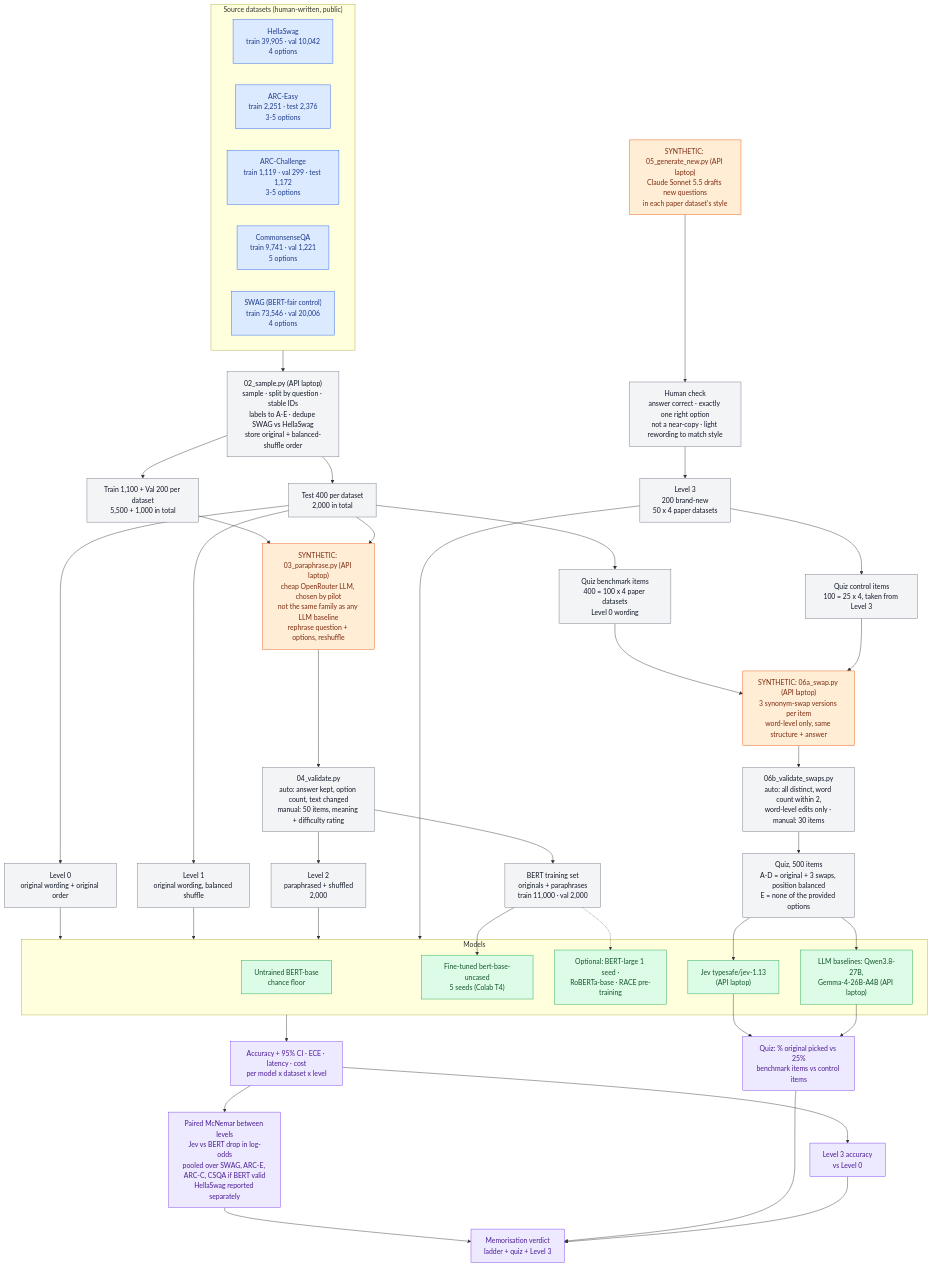
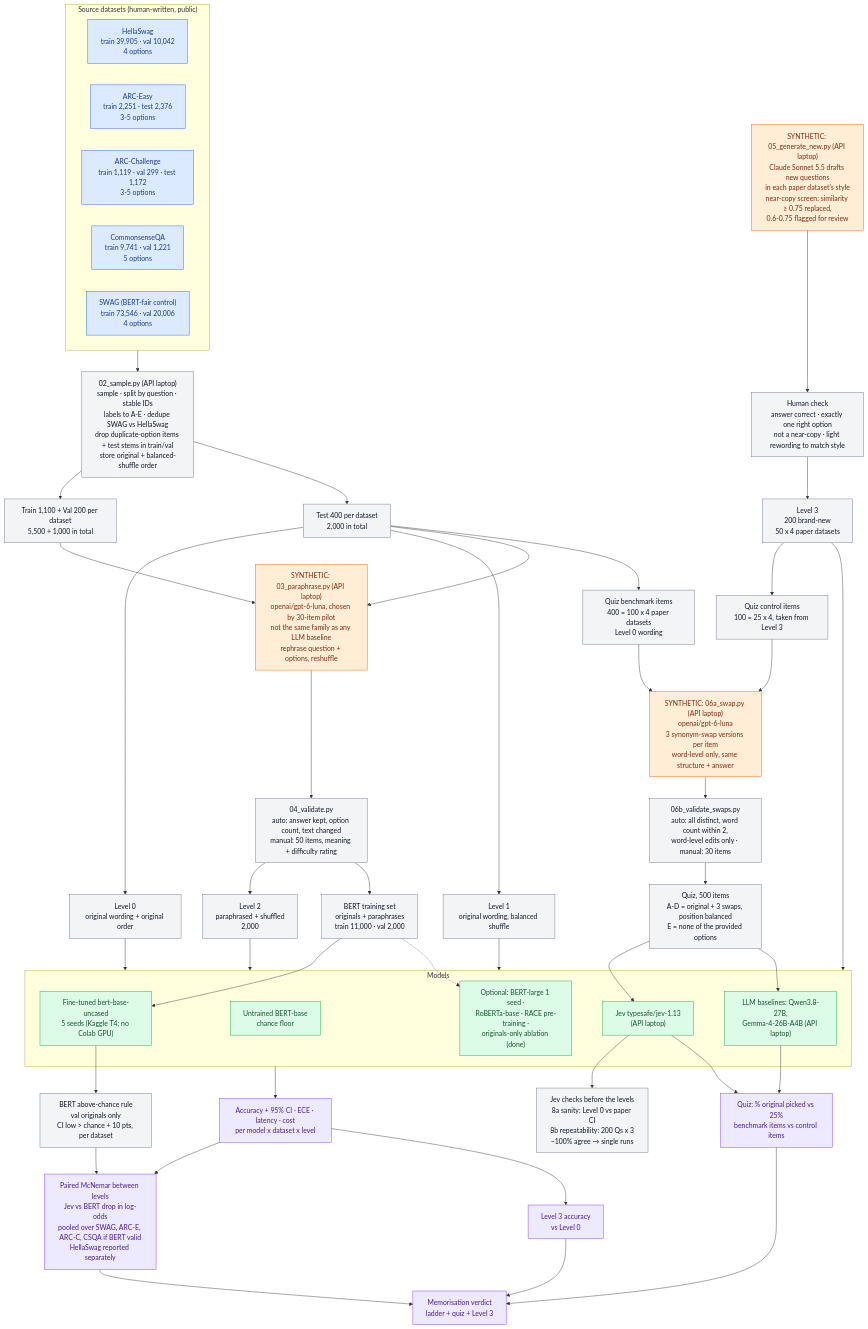
Before and after one commit to am3lia-low/jev-project: the diagram in docs/PLAN.md, drawn with Mermaid. The commit also changed other lines of this file and 75 other files, not shown here.

````diff
--- a/docs/PLAN.md
+++ b/docs/PLAN.md
@@ -51,79 +51,82 @@
 ```mermaid
 flowchart TD
     %% ---------- Source datasets (human-written) ----------
     subgraph SRC["Source datasets (human-written, public)"]
         HS["HellaSwag<br/>train 39,905 · val 10,042<br/>4 options"]
         AE["ARC-Easy<br/>train 2,251 · test 2,376<br/>3-5 options"]
         AC["ARC-Challenge<br/>train 1,119 · val 299 · test 1,172<br/>3-5 options"]
         CQ["CommonsenseQA<br/>train 9,741 · val 1,221<br/>5 options"]
         SW["SWAG (BERT-fair control)<br/>train 73,546 · val 20,006<br/>4 options"]
     end
 
     %% ---------- Sampling (scripted) ----------
-    SRC --> SAMPLE["02_sample.py (API laptop)<br/>sample · split by question · stable IDs<br/>labels to A-E · dedupe SWAG vs HellaSwag<br/>store original + balanced-shuffle order"]
+    SRC --> SAMPLE["02_sample.py (API laptop)<br/>sample · split by question · stable IDs<br/>labels to A-E · dedupe SWAG vs HellaSwag<br/>drop duplicate-option items + test stems in train/val<br/>store original + balanced-shuffle order"]
     SAMPLE --> TRV["Train 1,100 + Val 200 per dataset<br/>5,500 + 1,000 in total"]
     SAMPLE --> TEST["Test 400 per dataset<br/>2,000 in total"]
 
     %% ---------- Levels 0 and 1 (scripted) ----------
     TEST --> L0["Level 0<br/>original wording + original order"]
     TEST --> L1["Level 1<br/>original wording, balanced shuffle"]
 
     %% ---------- Synthetic: paraphrases ----------
-    TRV --> PARA["SYNTHETIC: 03_paraphrase.py (API laptop)<br/>cheap OpenRouter LLM, chosen by pilot<br/>not the same family as any LLM baseline<br/>rephrase question + options, reshuffle"]
+    TRV --> PARA["SYNTHETIC: 03_paraphrase.py (API laptop)<br/>openai/gpt-6-luna, chosen by 30-item pilot<br/>not the same family as any LLM baseline<br/>rephrase question + options, reshuffle"]
     TEST --> PARA
     PARA --> VPARA["04_validate.py<br/>auto: answer kept, option count, text changed<br/>manual: 50 items, meaning + difficulty rating"]
     VPARA --> L2["Level 2<br/>paraphrased + shuffled<br/>2,000"]
     VPARA --> TRAINSET["BERT training set<br/>originals + paraphrases<br/>train 11,000 · val 2,000"]
 
     %% ---------- Synthetic: brand-new questions ----------
-    GEN["SYNTHETIC: 05_generate_new.py (API laptop)<br/>Claude Sonnet 5.5 drafts new questions<br/>in each paper dataset's style"] --> HNEW["Human check<br/>answer correct · exactly one right option<br/>not a near-copy · light rewording to match style"]
+    GEN["SYNTHETIC: 05_generate_new.py (API laptop)<br/>Claude Sonnet 5.5 drafts new questions<br/>in each paper dataset's style<br/>near-copy screen: similarity ≥ 0.75 replaced,<br/>0.6-0.75 flagged for review"] --> HNEW["Human check<br/>answer correct · exactly one right option<br/>not a near-copy · light rewording to match style"]
     HNEW --> L3["Level 3<br/>200 brand-new<br/>50 x 4 paper datasets"]
 
     %% ---------- Synthetic: memorisation quiz ----------
     TEST --> QSEL["Quiz benchmark items<br/>400 = 100 x 4 paper datasets<br/>Level 0 wording"]
     L3 --> QCTRL["Quiz control items<br/>100 = 25 x 4, taken from Level 3"]
-    QSEL --> SWAP["SYNTHETIC: 06a_swap.py (API laptop)<br/>3 synonym-swap versions per item<br/>word-level only, same structure + answer"]
+    QSEL --> SWAP["SYNTHETIC: 06a_swap.py (API laptop)<br/>openai/gpt-6-luna<br/>3 synonym-swap versions per item<br/>word-level only, same structure + answer"]
     QCTRL --> SWAP
     SWAP --> VSWAP["06b_validate_swaps.py<br/>auto: all distinct, word count within 2,<br/>word-level edits only · manual: 30 items"]
     VSWAP --> QUIZ["Quiz, 500 items<br/>A-D = original + 3 swaps, position balanced<br/>E = none of the provided options"]
 
     %% ---------- Models ----------
     subgraph MODELS["Models"]
         BERTU["Untrained BERT-base<br/>chance floor"]
-        BERTFT["Fine-tuned bert-base-uncased<br/>5 seeds (Colab T4)"]
-        OPT["Optional: BERT-large 1 seed ·<br/>RoBERTa-base · RACE pre-training"]
+        BERTFT["Fine-tuned bert-base-uncased<br/>5 seeds (Kaggle T4; no Colab GPU)"]
+        OPT["Optional: BERT-large 1 seed ·<br/>RoBERTa-base · RACE pre-training ·<br/>originals-only ablation (done)"]
         JEV["Jev typesafe/jev-1.13<br/>(API laptop)"]
         LLM["LLM baselines: Qwen3.8-27B,<br/>Gemma-4-26B-A4B (API laptop)"]
     end
     TRAINSET --> BERTFT
+    BERTFT --> VALID["BERT above-chance rule<br/>val originals only<br/>CI low > chance + 10 pts, per dataset"]
+    JEV --> REP["Jev checks before the levels<br/>8a sanity: Level 0 vs paper CI<br/>8b repeatability: 200 Qs x 3<br/>~100% agree → single runs"]
     TRAINSET -.-> OPT
 
     L0 --> MODELS
     L1 --> MODELS
     L2 --> MODELS
     L3 --> MODELS
     QUIZ --> JEV
     QUIZ --> LLM
 
     %% ---------- Results ----------
     MODELS --> R1["Accuracy + 95% CI · ECE · latency · cost<br/>per model x dataset x level"]
     R1 --> R2["Paired McNemar between levels<br/>Jev vs BERT drop in log-odds<br/>pooled over SWAG, ARC-E, ARC-C, CSQA if BERT valid<br/>HellaSwag reported separately"]
     JEV --> R3["Quiz: % original picked vs 25%<br/>benchmark items vs control items"]
     LLM --> R3
     R1 --> R4["Level 3 accuracy<br/>vs Level 0"]
+    VALID --> R2
     R2 --> FINAL["Memorisation verdict<br/>ladder + quiz + Level 3"]
     R3 --> FINAL
     R4 --> FINAL
 
     %% ---------- Styles ----------
     classDef human fill:#dbeafe,stroke:#2563eb,color:#1e3a8a
     classDef synth fill:#ffedd5,stroke:#ea580c,color:#7c2d12
     classDef script fill:#f3f4f6,stroke:#6b7280,color:#111827
     classDef model fill:#dcfce7,stroke:#16a34a,color:#14532d
     classDef result fill:#ede9fe,stroke:#7c3aed,color:#4c1d95
     class HS,AE,AC,CQ,SW human
     class PARA,GEN,SWAP synth
-    class SAMPLE,TRV,TEST,L0,L1,L2,L3,TRAINSET,VPARA,HNEW,QSEL,QCTRL,VSWAP,QUIZ script
+    class SAMPLE,TRV,TEST,L0,L1,L2,L3,TRAINSET,VPARA,HNEW,QSEL,QCTRL,VSWAP,QUIZ,VALID,REP script
     class BERTU,BERTFT,OPT,JEV,LLM model
     class R1,R2,R3,R4,FINAL result
 ```
````
